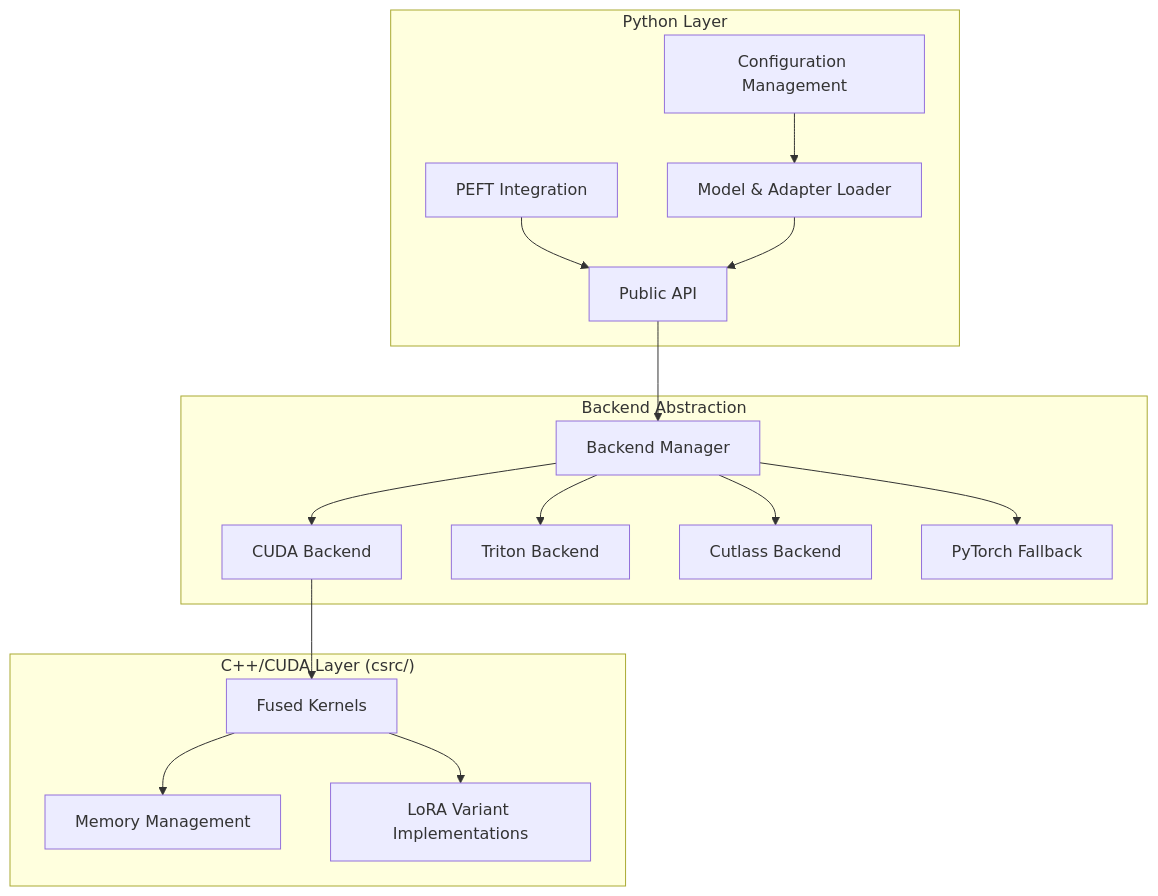
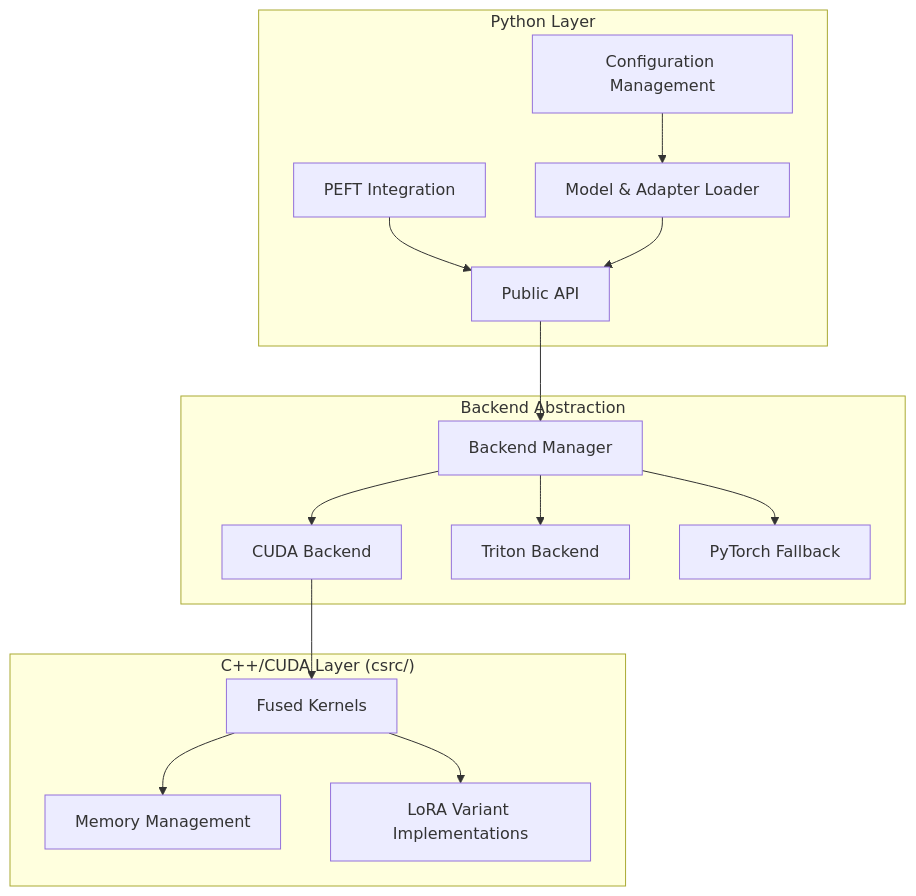
The first of 2 diagrams in .kiro/specs/fd-lora/design.md (Sasopsy/fd-lora), drawn with Mermaid before and after one commit. The commit also changed other lines of this file, not shown here.

````diff
--- a/.kiro/specs/fd-lora/design.md
+++ b/.kiro/specs/fd-lora/design.md
@@ -13,35 +62,33 @@
 ```mermaid
 graph TB
     subgraph "Python Layer"
         API[Public API]
         PEFT[PEFT Integration]
         CONFIG[Configuration Management]
         LOADER[Model & Adapter Loader]
     end
     
     subgraph "Backend Abstraction"
         BACKEND[Backend Manager]
         CUDA[CUDA Backend]
         TRITON[Triton Backend]
-        CUTLASS[Cutlass Backend]
         PYTORCH[PyTorch Fallback]
     end
     
     subgraph "C++/CUDA Layer (csrc/)"
         KERNELS[Fused Kernels]
         MEMORY[Memory Management]
         VARIANTS[LoRA Variant Implementations]
     end
     
     API --> BACKEND
     PEFT --> API
     CONFIG --> LOADER
     LOADER --> API
     BACKEND --> CUDA
     BACKEND --> TRITON
-    BACKEND --> CUTLASS
     BACKEND --> PYTORCH
     CUDA --> KERNELS
     KERNELS --> MEMORY
     KERNELS --> VARIANTS
 ```
````
